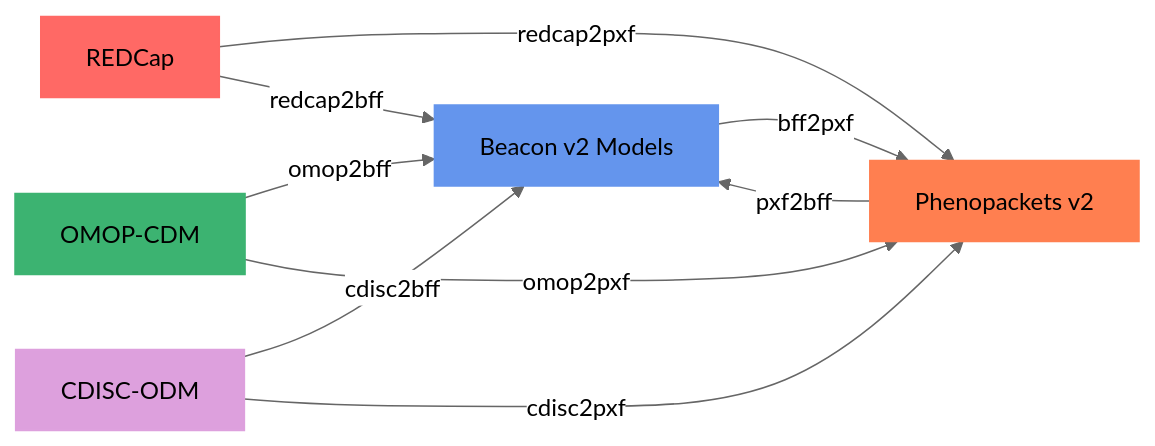
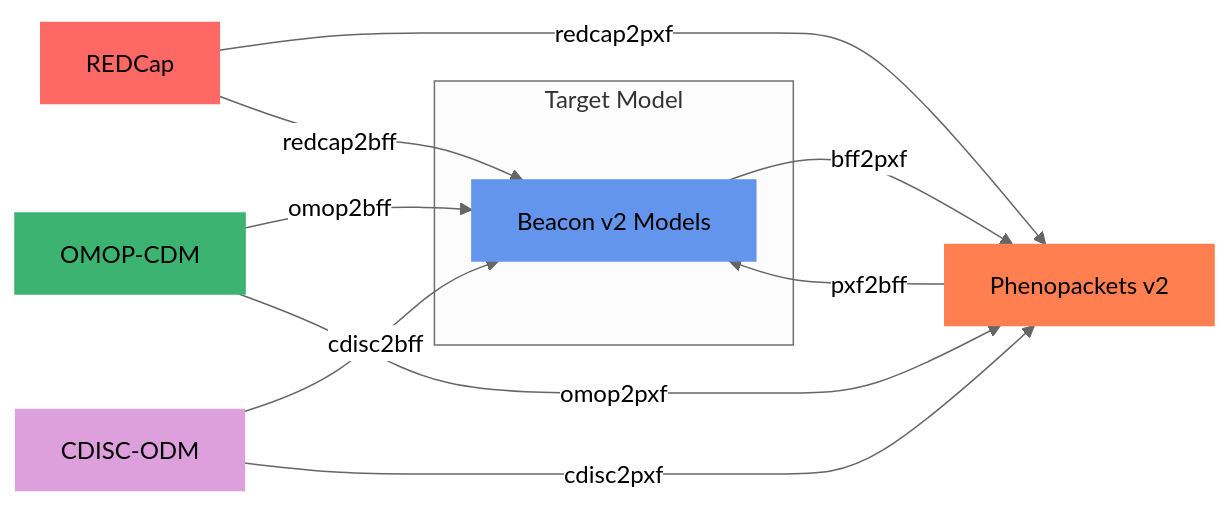
The first of 2 diagrams in docs/supported-formats.md (CNAG-Biomedical-Informatics/convert-pheno), drawn with Mermaid before and after one commit. The commit also changed other lines of this file and 8 other files, not shown here.

````diff
--- a/docs/supported-formats.md
+++ b/docs/supported-formats.md
@@ -5,24 +5,27 @@
 ```mermaid
 %%{init: {'theme':'neutral'}}%%
 graph LR
+  subgraph "Target Model"
+  A[Beacon v2 Models]
+  end
+
   A[Beacon v2 Models] -->|bff2pxf| B[Phenopackets v2]
   C[REDCap] -->|redcap2pxf| B;
   D[OMOP-CDM] -->|omop2bff| A;
   E[CDISC-ODM] -->|cdisc2bff| A;
   B -->|pxf2bff| A;
   C -->|redcap2bff| A;
   D -->|omop2pxf| B;
   E -->|cdisc2pxf| B;
 
   style A fill: #6495ED
   style A stroke: #6495ED
   style B fill: #FF7F50
   style B stroke: #FF7F50
   style C fill: #FF6965
   style C stroke: #FF6965
   style D fill: #3CB371
   style D stroke: #3CB371
   style E fill: #DDA0DD
   style E stroke: #DDA0DD
-
 ```
````
